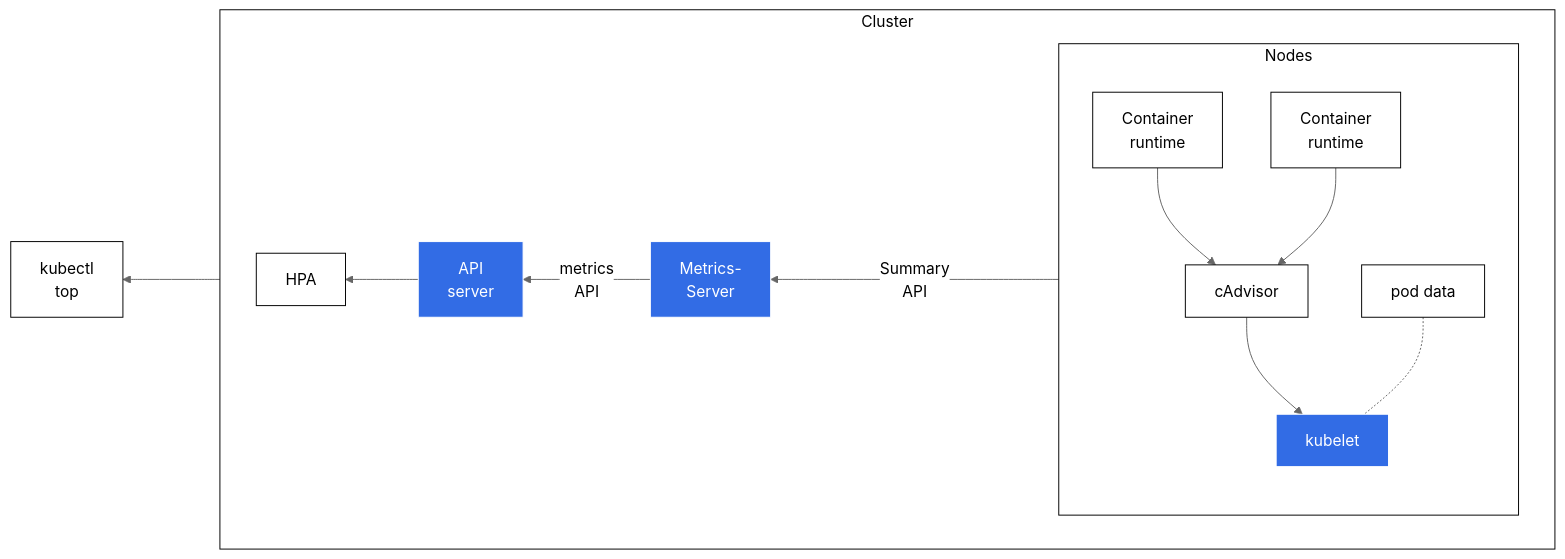
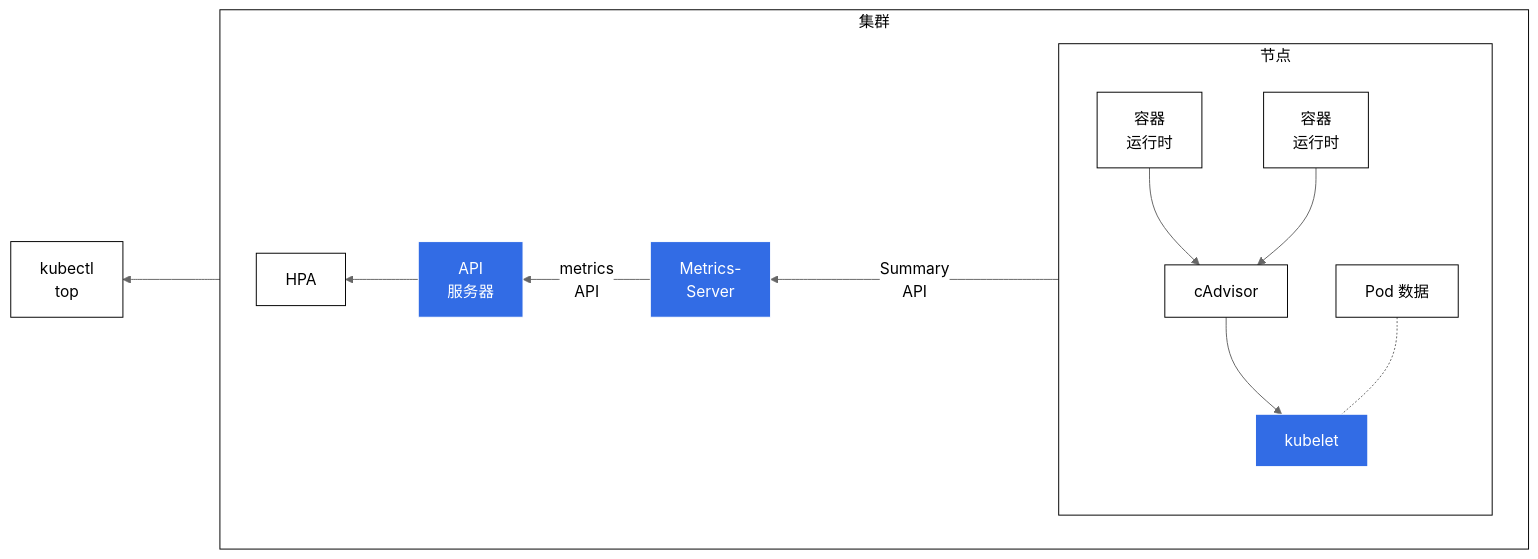
One commit to KimSJ15/kubernetes_website changed the diagram in content/zh-cn/docs/tasks/debug/debug-cluster/resource-metrics-pipeline.md. Above: the diagram before and after it, drawn with Mermaid (neutral theme). The commit also changed other lines of this file, not shown here.

```diff
--- a/content/zh-cn/docs/tasks/debug/debug-cluster/resource-metrics-pipeline.md
+++ b/content/zh-cn/docs/tasks/debug/debug-cluster/resource-metrics-pipeline.md
@@ -63,25 +64,25 @@
 {{< mermaid >}}
 flowchart RL
-subgraph cluster[Cluster]
+subgraph cluster[集群]
 direction RL
 S[ <br><br> ]
 A[Metrics-<br>Server]
-subgraph B[Nodes]
+subgraph B[节点]
 direction TB
 D[cAdvisor] --> C[kubelet]
-E[Container<br>runtime] --> D
-E1[Container<br>runtime] --> D
-P[pod data] -.- C
+E[容器<br>运行时] --> D
+E1[容器<br>运行时] --> D
+P[Pod 数据] -.- C
 end
-L[API<br>server]
+L[API<br>服务器]
 W[HPA]
 C ---->|Summary<br>API| A -->|metrics<br>API| L --> W
 end
 L ---> K[kubectl<br>top]
 classDef box fill:#fff,stroke:#000,stroke-width:1px,color:#000;
 class W,B,P,K,cluster,D,E,E1 box
 classDef spacewhite fill:#ffffff,stroke:#fff,stroke-width:0px,color:#000
 class S spacewhite
 classDef k8s fill:#326ce5,stroke:#fff,stroke-width:1px,color:#fff;
 class A,L,C k8s
 {{< /mermaid >}}
```
